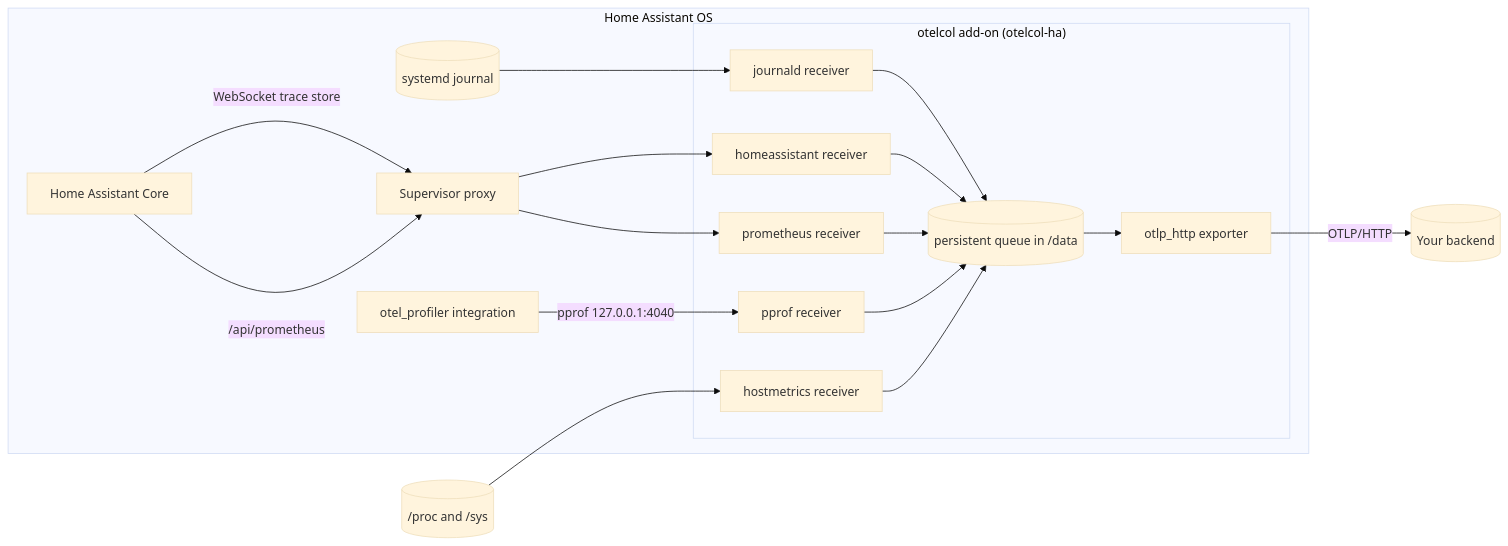
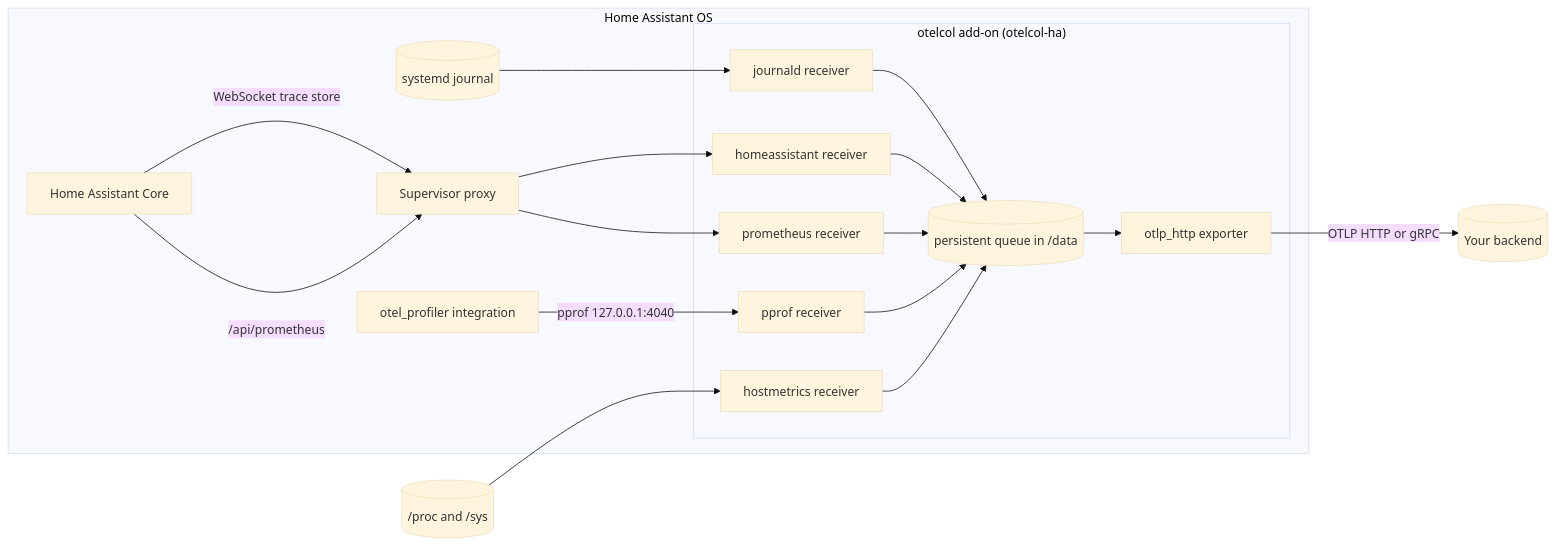
The diagram in README.md (nicolastakashi/ha-addon-otelcol), drawn with Mermaid (base theme) before and after one commit. The commit also changed other lines of this file and 20 other files, not shown here.

First line of the commit message:
OTLP/gRPC and TLS options; Core logs linked to the exact step span (0.16.0)

````diff
--- a/README.md
+++ b/README.md
@@ -63,25 +63,25 @@
 ```mermaid
 flowchart LR
   subgraph HAOS["Home Assistant OS"]
     J[(systemd journal)]
     S[Supervisor proxy]
     C[Home Assistant Core]
     P[otel_profiler integration]
     subgraph A["otelcol add-on (otelcol-ha)"]
       RJ[journald receiver]
       RH[homeassistant receiver]
       RP[prometheus receiver]
       RM[hostmetrics receiver]
       RF[pprof receiver]
       Q[(persistent queue in /data)]
       E[otlp_http exporter]
     end
   end
   J --> RJ
   C -- WebSocket trace store --> S --> RH
   C -- /api/prometheus --> S --> RP
   H[(/proc and /sys)] --> RM
   P -- pprof 127.0.0.1:4040 --> RF
   RJ & RH & RP & RM & RF --> Q --> E
-  E -- OTLP/HTTP --> B[(Your backend)]
+  E -- OTLP HTTP or gRPC --> B[(Your backend)]
 ```
````
